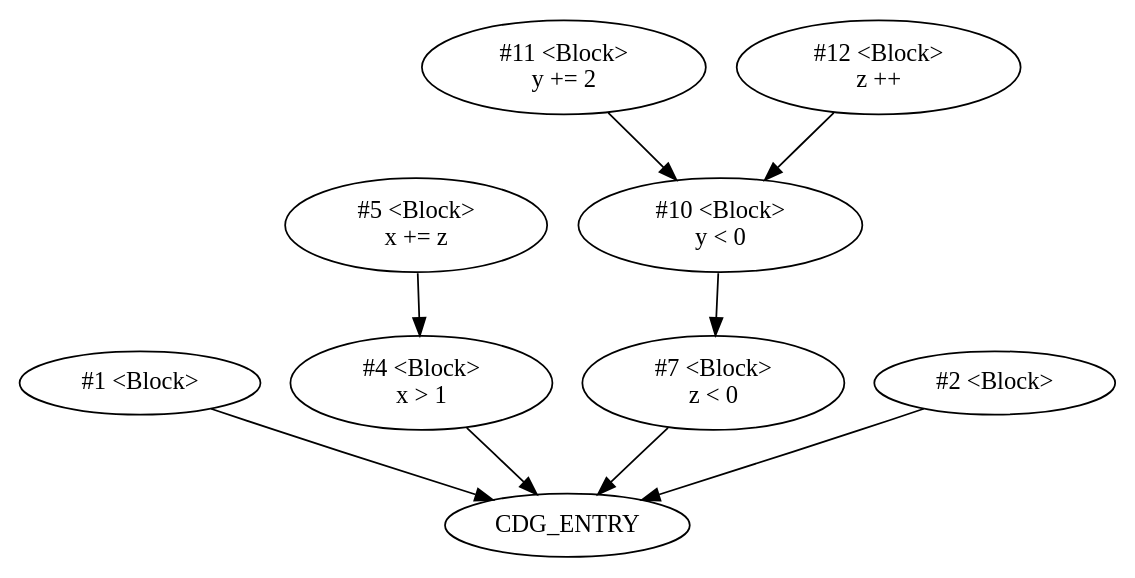
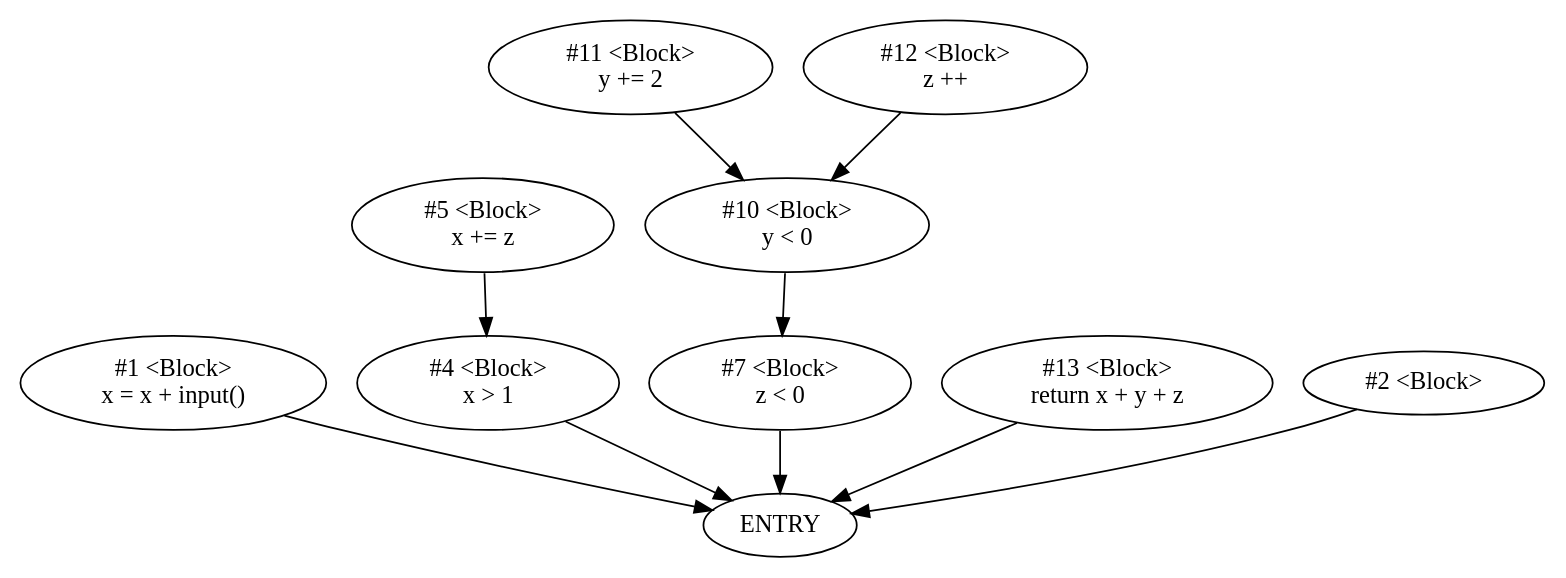
Before and after one commit to h-mole/MetronomeStatic: the diagram in examples/code-property-graph/cdg.dot, drawn with Graphviz. The commit also changed 56 other files, not shown here.

```diff
--- a/examples/code-property-graph/cdg.dot
+++ b/examples/code-property-graph/cdg.dot
@@ -1,19 +1,29 @@
 strict digraph  {
-1 [label="#1 &lt;Block&gt;\n"];
-4 [label="#4 &lt;Block&gt;\nx > 1"];
-5 [label="#5 &lt;Block&gt;\nx += z"];
-7 [label="#7 &lt;Block&gt;\nz < 0"];
-10 [label="#10 &lt;Block&gt;\ny < 0"];
+1 [label="#1 &lt;Block&gt;
+x = x + input()"];
+4 [label="#4 &lt;Block&gt;
+x &gt; 1"];
+5 [label="#5 &lt;Block&gt;
+x += z"];
+7 [label="#7 &lt;Block&gt;
+z &lt; 0"];
+10 [label="#10 &lt;Block&gt;
+y &lt; 0"];
+13 [label="#13 &lt;Block&gt;
+return x + y + z"];
+11 [label="#11 &lt;Block&gt;
+y += 2"];
+12 [label="#12 &lt;Block&gt;
+z ++"];
 2 [label="#2 &lt;Block&gt;\n"];
-11 [label="#11 &lt;Block&gt;\ny += 2"];
-12 [label="#12 &lt;Block&gt;\nz ++"];
-CDG_ENTRY;
-1 -> CDG_ENTRY;
-4 -> CDG_ENTRY;
+ENTRY;
+1 -> ENTRY;
+4 -> ENTRY;
 5 -> 4;
-7 -> CDG_ENTRY;
+7 -> ENTRY;
 10 -> 7;
-2 -> CDG_ENTRY;
+13 -> ENTRY;
 11 -> 10;
 12 -> 10;
+2 -> ENTRY;
 }
```
